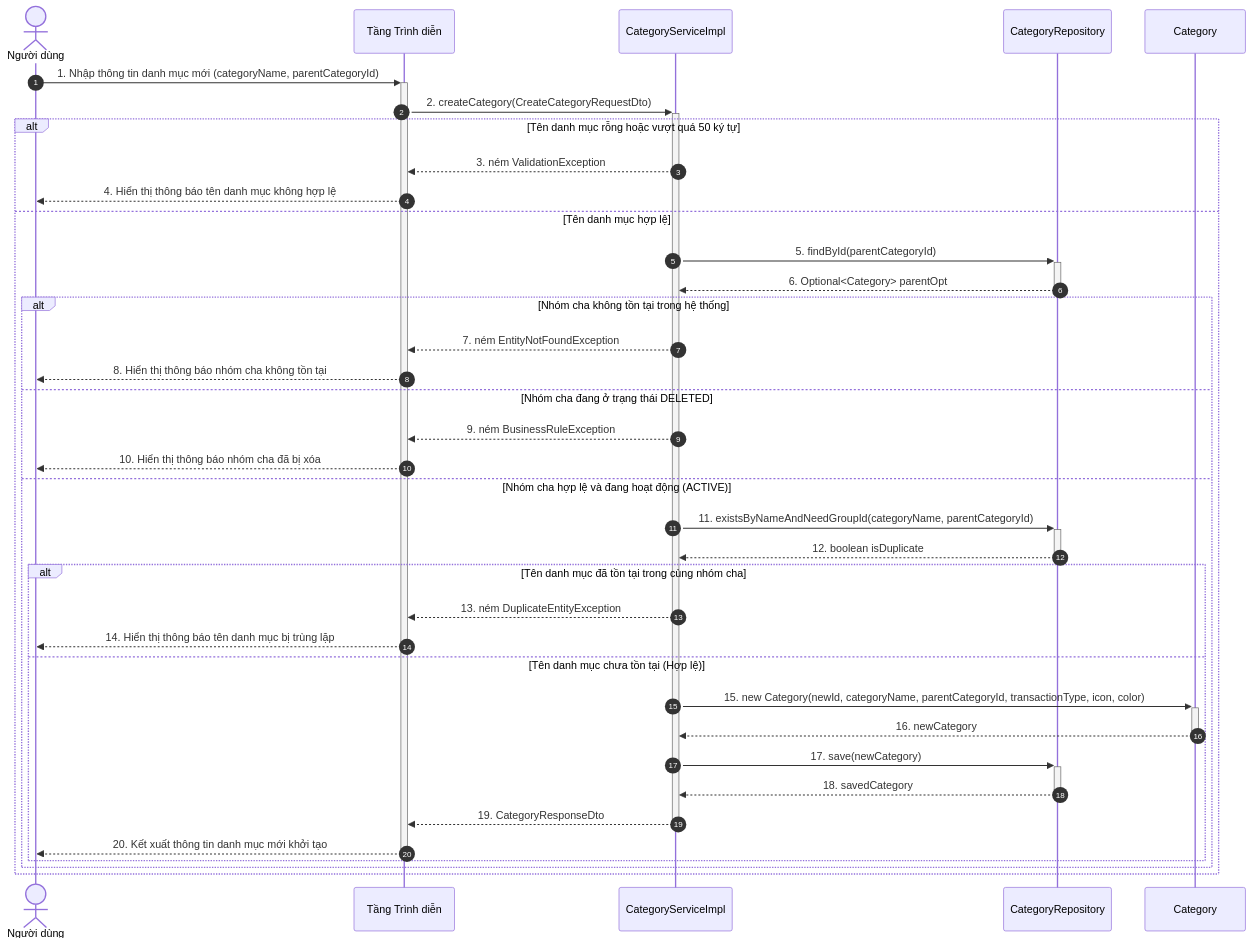
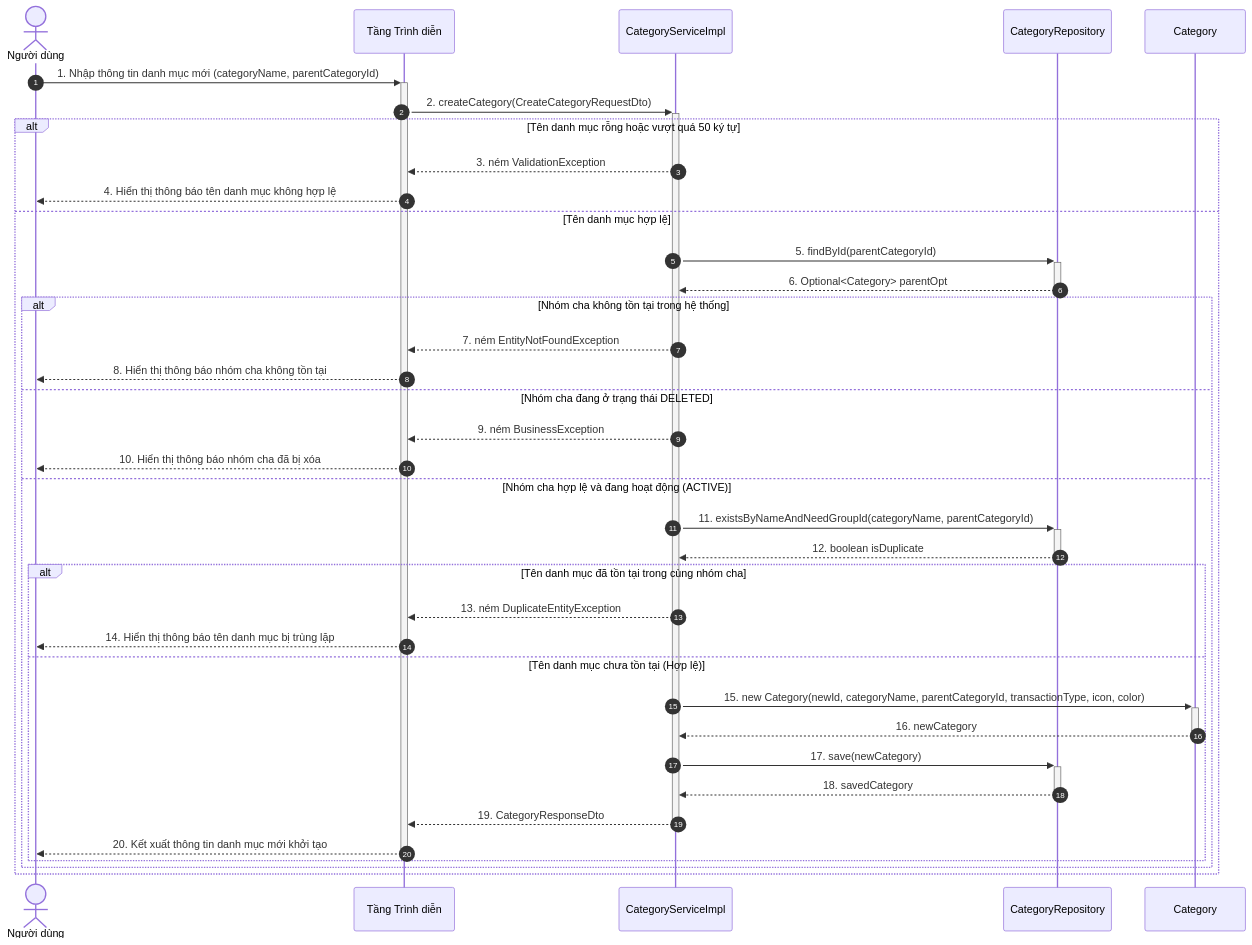
The second of 10 diagrams in docs/object-oriented-design/05-so-do-tuong-tac-thiet-ke-sequence-diagram.md (mynhleeh/pfms-oop), drawn with Mermaid before and after one commit. The commit also changed other lines of this file and 3 other files, not shown here.

First line of the commit message:
Refactor repository interfaces and sequence diagrams for enhanced clarity and functionality

````diff
--- a/docs/object-oriented-design/05-so-do-tuong-tac-thiet-ke-sequence-diagram.md
+++ b/docs/object-oriented-design/05-so-do-tuong-tac-thiet-ke-sequence-diagram.md
@@ -283,40 +283,40 @@
 ```mermaid
 sequenceDiagram
     autonumber
     actor User as Người dùng
     participant CLI as Tầng Trình diễn
     participant CategoryService as CategoryServiceImpl
     participant CategoryRepo as CategoryRepository
     participant Category as Category
 
     User->>+CLI: 1. Nhập thông tin danh mục mới (categoryName, parentCategoryId)
     CLI->>+CategoryService: 2. createCategory(CreateCategoryRequestDto)
     alt Tên danh mục rỗng hoặc vượt quá 50 ký tự
         CategoryService-->>CLI: 3. ném ValidationException
         CLI-->>User: 4. Hiển thị thông báo tên danh mục không hợp lệ
     else Tên danh mục hợp lệ
         CategoryService->>+CategoryRepo: 5. findById(parentCategoryId)
         CategoryRepo-->>-CategoryService: 6. Optional<Category> parentOpt
         alt Nhóm cha không tồn tại trong hệ thống
             CategoryService-->>CLI: 7. ném EntityNotFoundException
             CLI-->>User: 8. Hiển thị thông báo nhóm cha không tồn tại
         else Nhóm cha đang ở trạng thái DELETED
-            CategoryService-->>CLI: 9. ném BusinessRuleException
+            CategoryService-->>CLI: 9. ném BusinessException
             CLI-->>User: 10. Hiển thị thông báo nhóm cha đã bị xóa
         else Nhóm cha hợp lệ và đang hoạt động (ACTIVE)
             CategoryService->>+CategoryRepo: 11. existsByNameAndNeedGroupId(categoryName, parentCategoryId)
             CategoryRepo-->>-CategoryService: 12. boolean isDuplicate
             alt Tên danh mục đã tồn tại trong cùng nhóm cha
                 CategoryService-->>CLI: 13. ném DuplicateEntityException
                 CLI-->>User: 14. Hiển thị thông báo tên danh mục bị trùng lặp
             else Tên danh mục chưa tồn tại (Hợp lệ)
                 CategoryService->>+Category: 15. new Category(newId, categoryName, parentCategoryId, transactionType, icon, color)
                 Category-->>-CategoryService: 16. newCategory
                 CategoryService->>+CategoryRepo: 17. save(newCategory)
                 CategoryRepo-->>-CategoryService: 18. savedCategory
                 CategoryService-->>-CLI: 19. CategoryResponseDto
                 CLI-->>-User: 20. Kết xuất thông tin danh mục mới khởi tạo
             end
         end
     end
 ```
````
